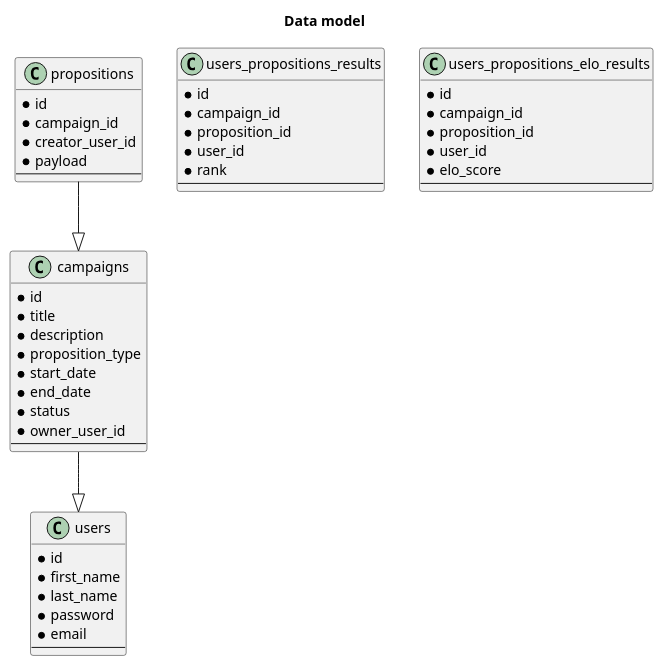
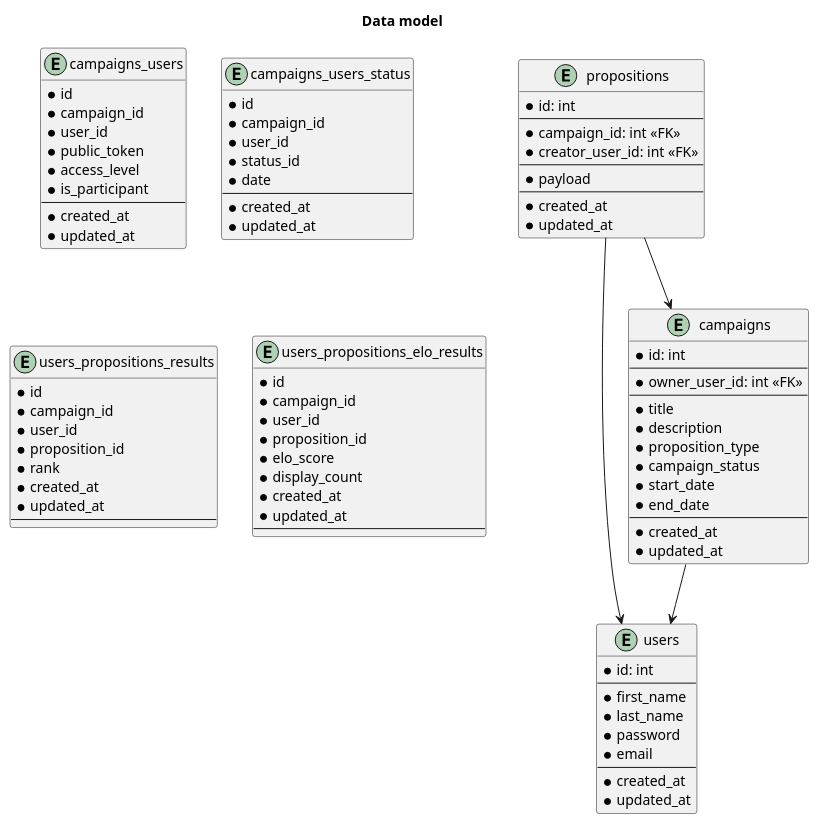
One commit to Akrobate/agora changed the diagram in documentation/diagram.puml. Above: the diagram before and after it, drawn with PlantUML. The commit also changed 1 other file, not shown here.

```diff
--- a/documentation/diagram.puml
+++ b/documentation/diagram.puml
@@ -1,57 +1,97 @@
 @startuml
 
 title Data model
 
-class "users" {
-  * id
+entity "users" {
+  * id: int
+  --
   * first_name
   * last_name
   * password
   * email
   --
+  * created_at
+  * updated_at
 }
 
-class "campaigns" {
-  * id
+entity "campaigns" {
+  * id: int
+  --
+  * owner_user_id: int <<FK>>
+  --
   * title
   * description
   * proposition_type
+  * campaign_status
   * start_date
   * end_date
-  * status
-  * owner_user_id
+  --
+  * created_at
+  * updated_at
+}
+
+entity "campaigns_users" {
+  * id
+  * campaign_id
+  * user_id
+  * public_token
+  * access_level
+  * is_participant
+  --
+  * created_at
+  * updated_at
+}
+
+entity "campaigns_users_status" {
+  * id
+  * campaign_id
+  * user_id
+  * status_id
+  * date
+  --
+  * created_at
+  * updated_at
+}
+
+entity "propositions" {
+  * id: int
+  --
+  * campaign_id: int <<FK>>
+  * creator_user_id: int <<FK>>
+  --
+  * payload
+  --
+  * created_at
+  * updated_at
+}
+
+entity "users_propositions_results" {
+  * id
+  * campaign_id
+  * user_id
+  * proposition_id
+  * rank
+  * created_at
+  * updated_at
   --
 }
 
-class "propositions" {
+entity "users_propositions_elo_results" {
   * id
   * campaign_id
-  * creator_user_id
-  * payload
-  --
-}
-
-class "users_propositions_results" {
-  * id
-  * campaign_id
+  * user_id
   * proposition_id
-  * user_id
-  * rank
-  --
-}
-
-class "users_propositions_elo_results" {
-  * id
-  * campaign_id
-  * proposition_id
-  * user_id
   * elo_score
+  * display_count
+  * created_at
+  * updated_at
   --
 }
 
 
 
-campaigns --|> users
-propositions --|> campaigns
+campaigns --> users
+propositions --> campaigns
+propositions --> users
 
 @enduml
```
